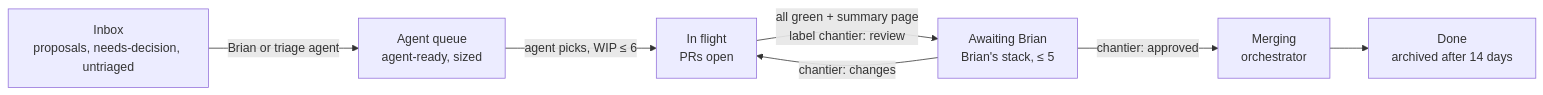
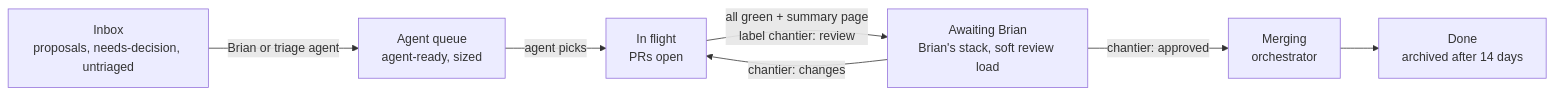
One commit to Arffornia/docs changed the diagram in docs/contributing/operating-model.md. Above: the diagram before and after it, drawn with Mermaid. The commit also changed other lines of this file and 6 other files, not shown here.

````diff
--- a/docs/contributing/operating-model.md
+++ b/docs/contributing/operating-model.md
@@ -47,9 +51,9 @@
 ```mermaid
 flowchart LR
   IN[Inbox<br/>proposals, needs-decision, untriaged] -->|Brian or triage agent| Q[Agent queue<br/>agent-ready, sized]
-  Q -->|agent picks, WIP ≤ 6| F[In flight<br/>PRs open]
-  F -->|all green + summary page<br/>label chantier: review| S[Awaiting Brian<br/>Brian's stack, ≤ 5]
+  Q -->|agent picks| F[In flight<br/>PRs open]
+  F -->|all green + summary page<br/>label chantier: review| S[Awaiting Brian<br/>Brian's stack, soft review load]
   S -->|chantier: changes| F
   S -->|chantier: approved| M[Merging<br/>orchestrator]
   M --> D[Done<br/>archived after 14 days]
 ```
````
